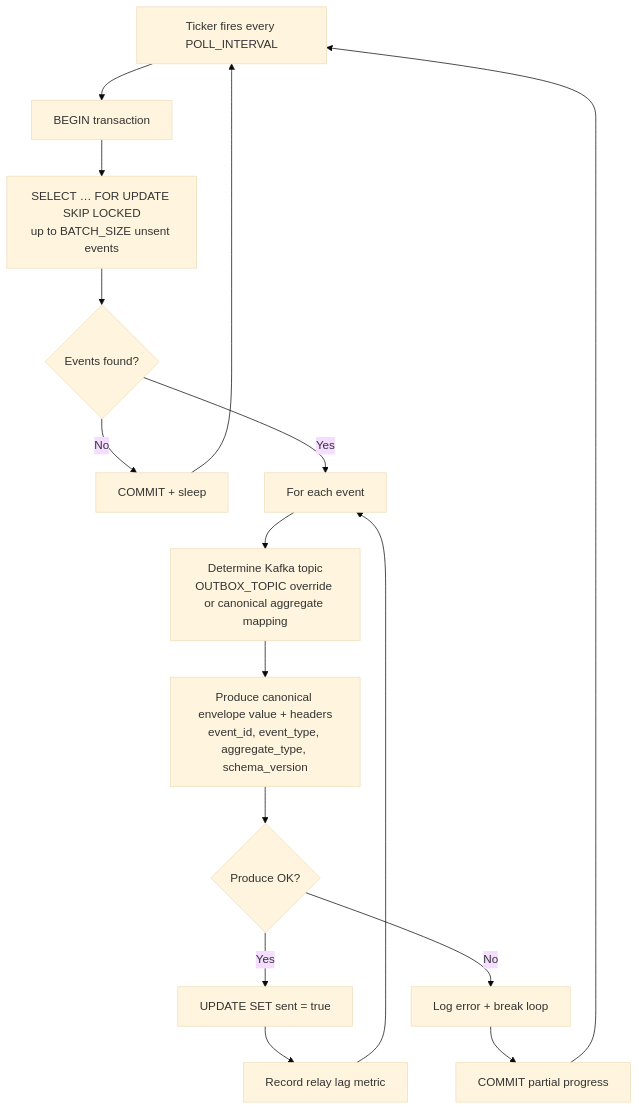
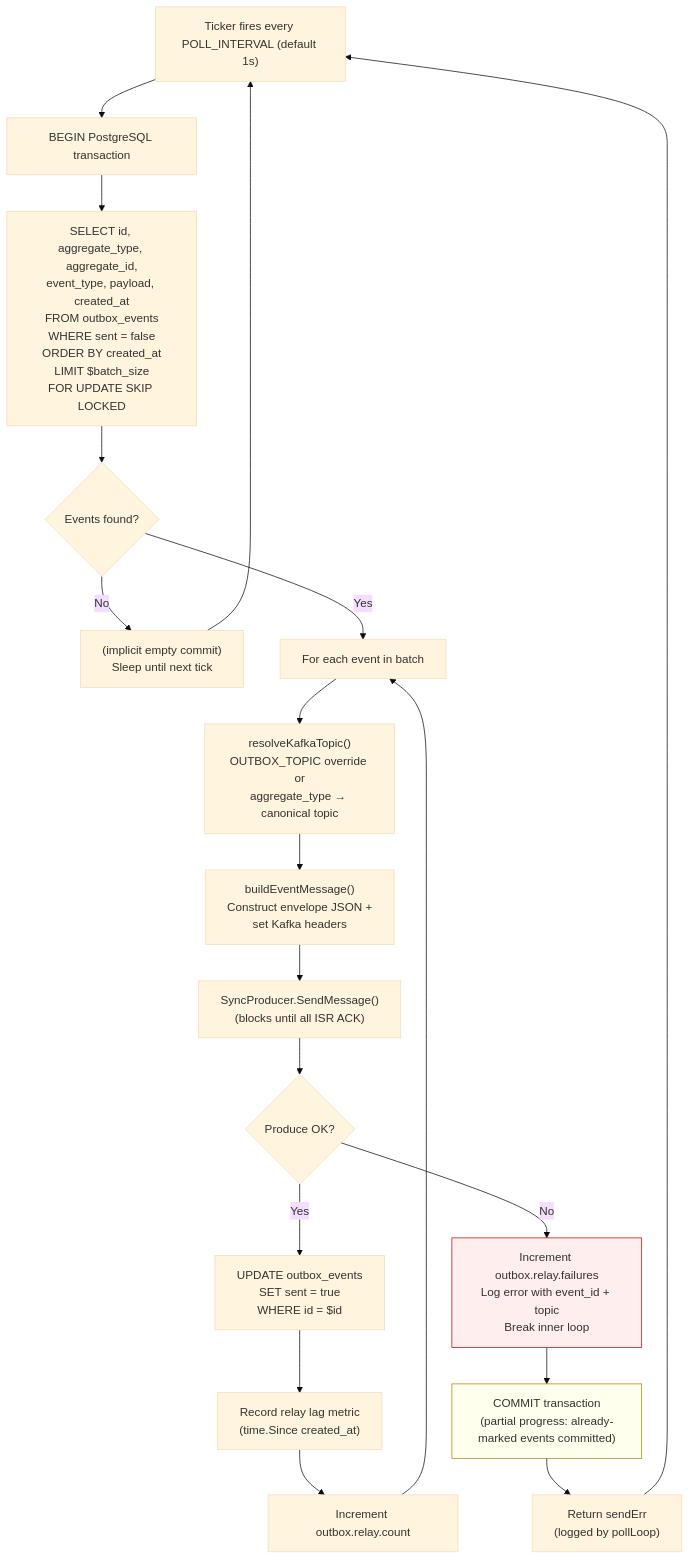
One commit to sunitakeazycommerz-a11y/InstaCommerce changed the third of 5 diagrams in services/outbox-relay-service/README.md. Above: the diagram before and after it, drawn with Mermaid (base theme). The commit also changed other lines of this file and 554 other files, not shown here.

````diff
--- a/services/outbox-relay-service/README.md
+++ b/services/outbox-relay-service/README.md
@@ -19,18 +194,24 @@
 ```mermaid
 flowchart TD
-    A[Ticker fires every POLL_INTERVAL] --> B[BEGIN transaction]
-    B --> C["SELECT … FOR UPDATE SKIP LOCKED<br/>up to BATCH_SIZE unsent events"]
-    C --> D{Events found?}
-    D -->|No| E[COMMIT + sleep]
-    D -->|Yes| F[For each event]
-    F --> G[Determine Kafka topic<br/>OUTBOX_TOPIC override or canonical aggregate mapping]
-    G --> H[Produce canonical envelope value + headers<br/>event_id, event_type, aggregate_type, schema_version]
-    H --> I{Produce OK?}
-    I -->|Yes| J["UPDATE SET sent = true"]
-    I -->|No| K[Log error + break loop]
-    J --> L[Record relay lag metric]
-    L --> F
-    K --> M[COMMIT partial progress]
+    A["Ticker fires every POLL_INTERVAL (default 1s)"] --> B["BEGIN PostgreSQL transaction"]
+    B --> C["SELECT id, aggregate_type, aggregate_id,<br/>event_type, payload, created_at<br/>FROM outbox_events<br/>WHERE sent = false<br/>ORDER BY created_at<br/>LIMIT $batch_size<br/>FOR UPDATE SKIP LOCKED"]
+    C --> D{"Events found?"}
+    D -->|"No"| E["(implicit empty commit)<br/>Sleep until next tick"]
+    D -->|"Yes"| F["For each event in batch"]
+    F --> G["resolveKafkaTopic()<br/>OUTBOX_TOPIC override or<br/>aggregate_type → canonical topic"]
+    G --> H["buildEventMessage()<br/>Construct envelope JSON +<br/>set Kafka headers"]
+    H --> I["SyncProducer.SendMessage()<br/>(blocks until all ISR ACK)"]
+    I --> J{"Produce OK?"}
+    J -->|"Yes"| K["UPDATE outbox_events<br/>SET sent = true<br/>WHERE id = $id"]
+    K --> L["Record relay lag metric<br/>(time.Since created_at)"]
+    L --> M["Increment outbox.relay.count"]
+    M --> F
+    J -->|"No"| N["Increment outbox.relay.failures<br/>Log error with event_id + topic<br/>Break inner loop"]
+    N --> O["COMMIT transaction<br/>(partial progress: already-marked events committed)"]
     E --> A
-    M --> A
+    O --> P["Return sendErr<br/>(logged by pollLoop)"]
+    P --> A
+
+    style N fill:#fee,stroke:#c00
+    style O fill:#ffe,stroke:#a80
 ```
````
